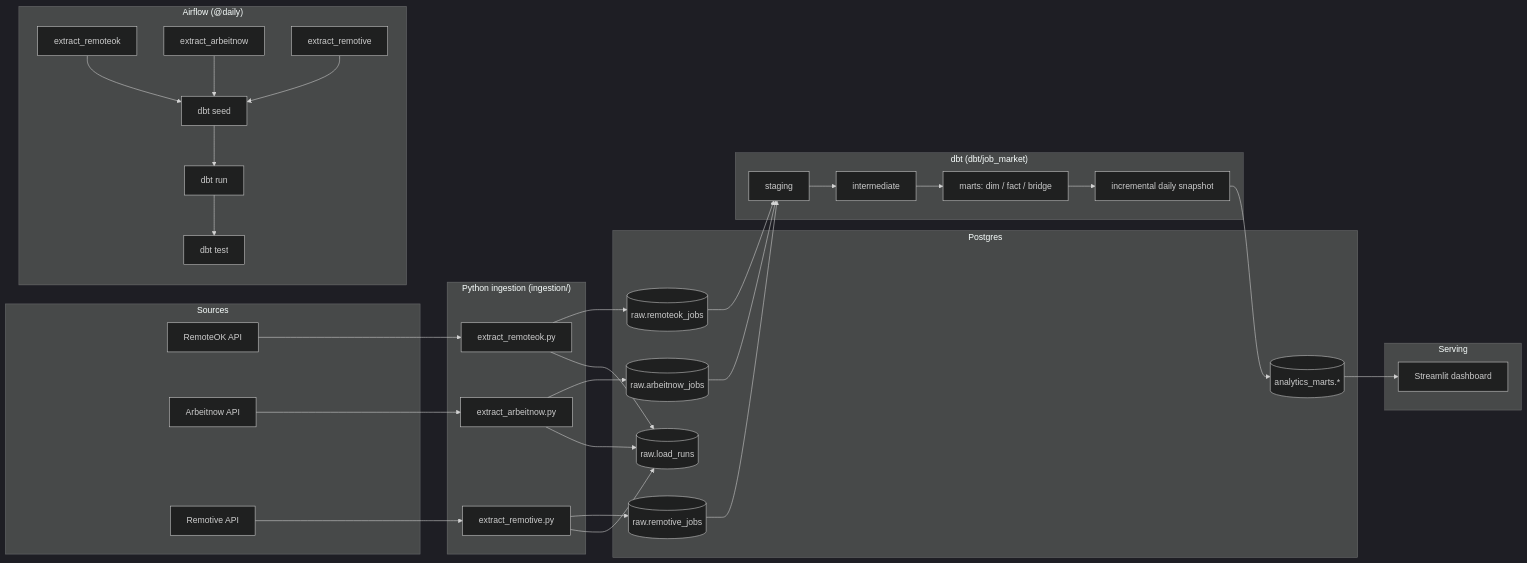
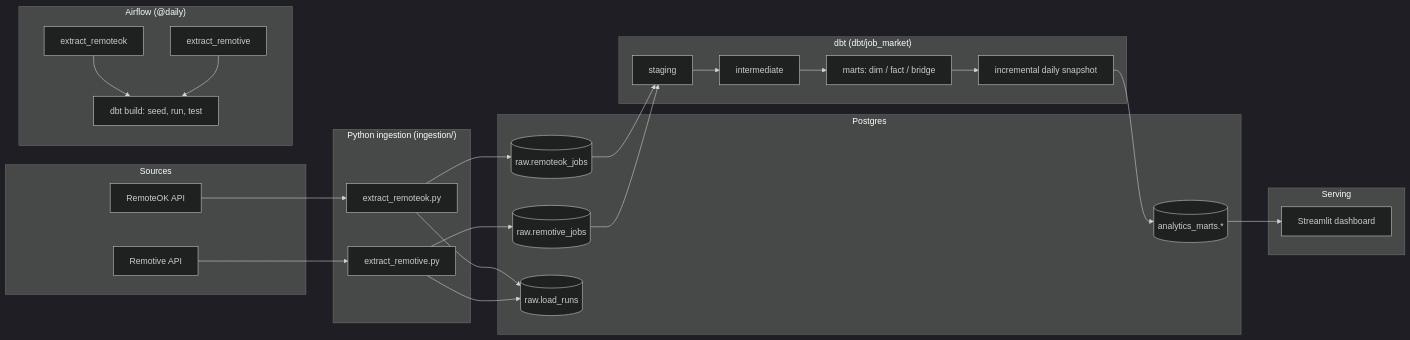
Before and after one commit to KyriakosCK/de-job-market-pipeline: the first of 2 diagrams in README.md, drawn with Mermaid (dark theme). The commit also changed other lines of this file and 23 other files, not shown here.

First line of the commit message:
Remove Arbeitnow, share extractor run logic, fix review issues

````diff
--- a/README.md
+++ b/README.md
@@ -13,53 +13,44 @@
 ```mermaid
 flowchart LR
     subgraph Sources
         A1[RemoteOK API]
-        A2[Arbeitnow API]
         A3[Remotive API]
     end
 
     subgraph Ingestion["Python ingestion (ingestion/)"]
         E1[extract_remoteok.py]
-        E2[extract_arbeitnow.py]
         E3[extract_remotive.py]
     end
 
     subgraph Warehouse["Postgres"]
         R1[(raw.remoteok_jobs)]
-        R2[(raw.arbeitnow_jobs)]
         R4[(raw.remotive_jobs)]
         R3[(raw.load_runs)]
         M[(analytics_marts.*)]
     end
 
     subgraph Transform["dbt (dbt/job_market)"]
         T1[staging]
         T2[intermediate]
         T3[marts: dim / fact / bridge]
         T4[incremental daily snapshot]
     end
 
     subgraph Orchestration["Airflow (@daily)"]
         D1[extract_remoteok]
-        D2[extract_arbeitnow]
         D6[extract_remotive]
-        D3[dbt seed]
-        D4[dbt run]
-        D5[dbt test]
+        D3[dbt build: seed, run, test]
     end
 
     subgraph Serving
         S1[Streamlit dashboard]
     end
 
     A1 --> E1 --> R1
-    A2 --> E2 --> R2
     A3 --> E3 --> R4
-    E1 & E2 & E3 --> R3
-    R1 & R2 & R4 --> T1 --> T2 --> T3 --> T4 --> M
+    E1 & E3 --> R3
+    R1 & R4 --> T1 --> T2 --> T3 --> T4 --> M
     D1 --> D3
-    D2 --> D3
     D6 --> D3
-    D3 --> D4 --> D5
     M --> S1
 ```
````
